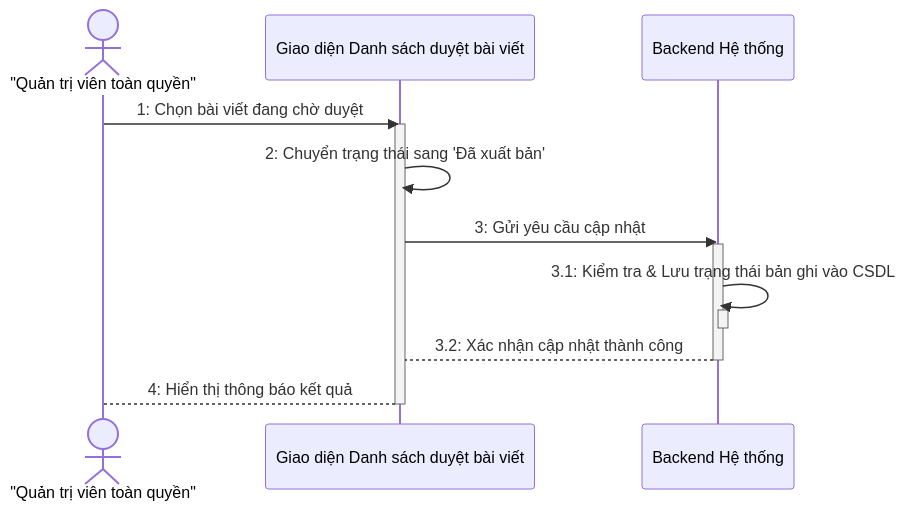
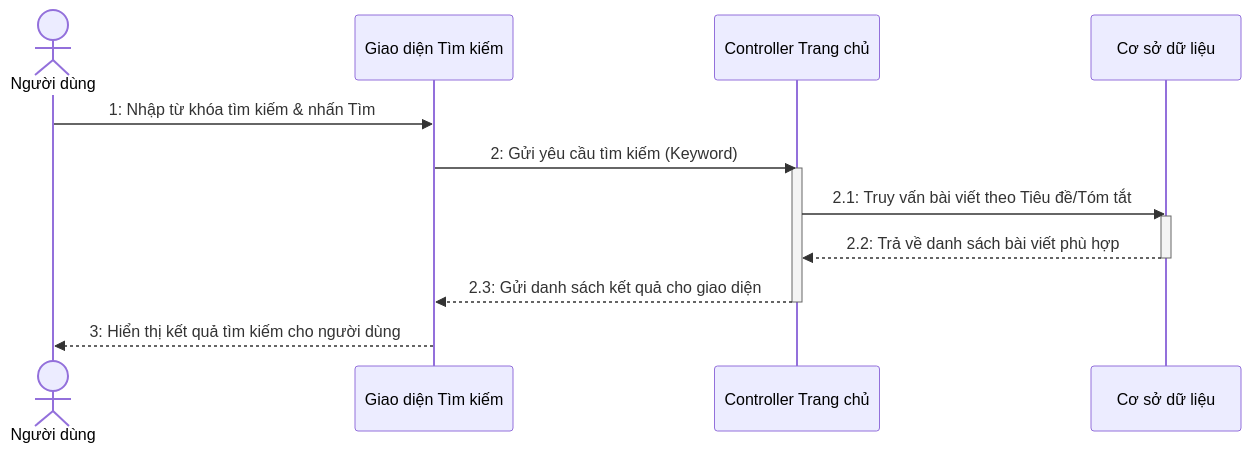
Before and after one commit to Trangkmt/lcd-website: diagram 12 of 12 in docs/Sequence_Diagrams.md, drawn with Mermaid. The commit also changed other lines of this file and 47 other files, not shown here.

````diff
--- a/docs/Sequence_Diagrams.md
+++ b/docs/Sequence_Diagrams.md
@@ -438,23 +399,18 @@
 ```mermaid
 sequenceDiagram
-    actor A as "Quản trị viên toàn quyền"
-    participant B as Giao diện Danh sách duyệt bài viết
-    participant BE as Backend Hệ thống
+    actor U as Người dùng
+    participant G as Giao diện Tìm kiếm
+    participant C as Controller Trang chủ
+    participant D as Cơ sở dữ liệu
     
-    A->>B: 1: Chọn bài viết đang chờ duyệt
-    activate B
-    B->>B: 2: Chuyển trạng thái sang 'Đã xuất bản'
-    
-    B->>BE: 3: Gửi yêu cầu cập nhật
-    activate BE
-    
-    BE->>BE: 3.1: Kiểm tra & Lưu trạng thái bản ghi vào CSDL
-    activate BE
-    deactivate BE
-    
-    BE-->B: 3.2: Xác nhận cập nhật thành công
-    deactivate BE
-    
-    B-->A: 4: Hiển thị thông báo kết quả
-    deactivate B
+    U->>G: 1: Nhập từ khóa tìm kiếm & nhấn Tìm
+    G->>C: 2: Gửi yêu cầu tìm kiếm (Keyword)
+    activate C
+    C->>D: 2.1: Truy vấn bài viết theo Tiêu đề/Tóm tắt
+    activate D
+    D-->>C: 2.2: Trả về danh sách bài viết phù hợp
+    deactivate D
+    C-->>G: 2.3: Gửi danh sách kết quả cho giao diện
+    deactivate C
+    G-->>U: 3: Hiển thị kết quả tìm kiếm cho người dùng
 ```
````
